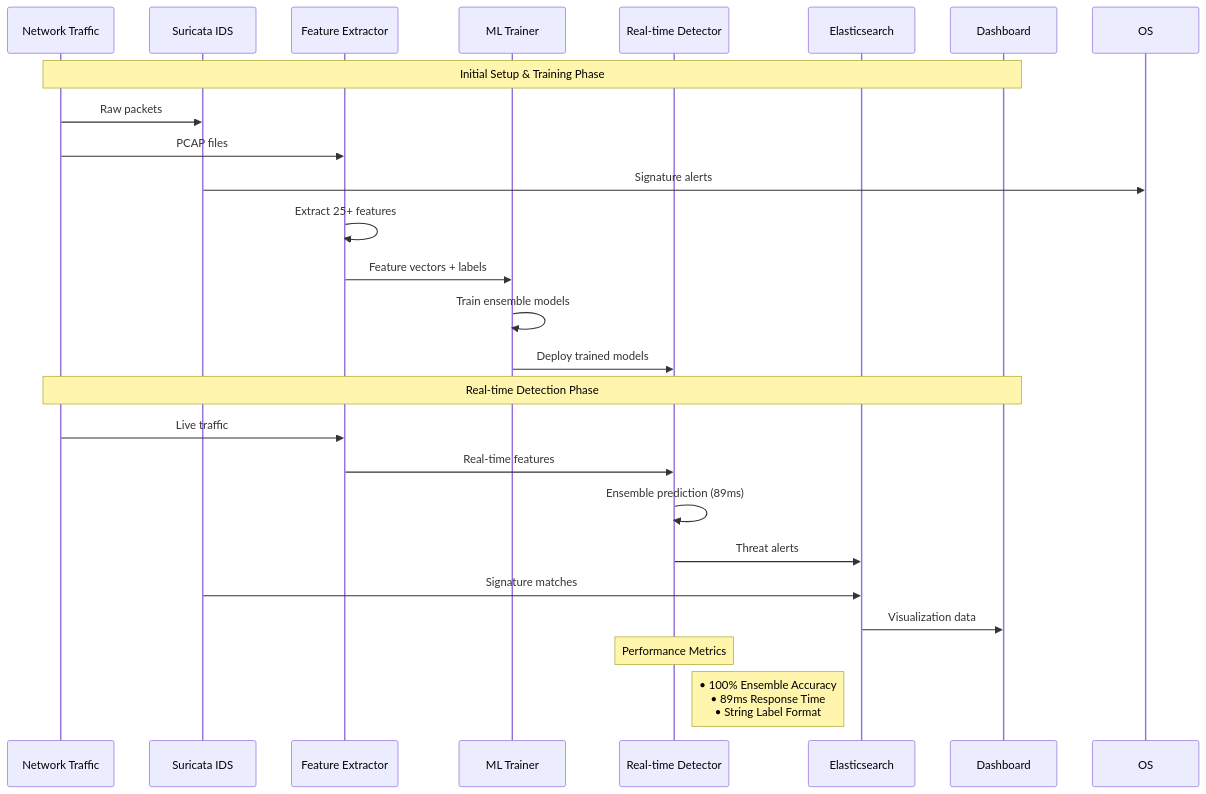
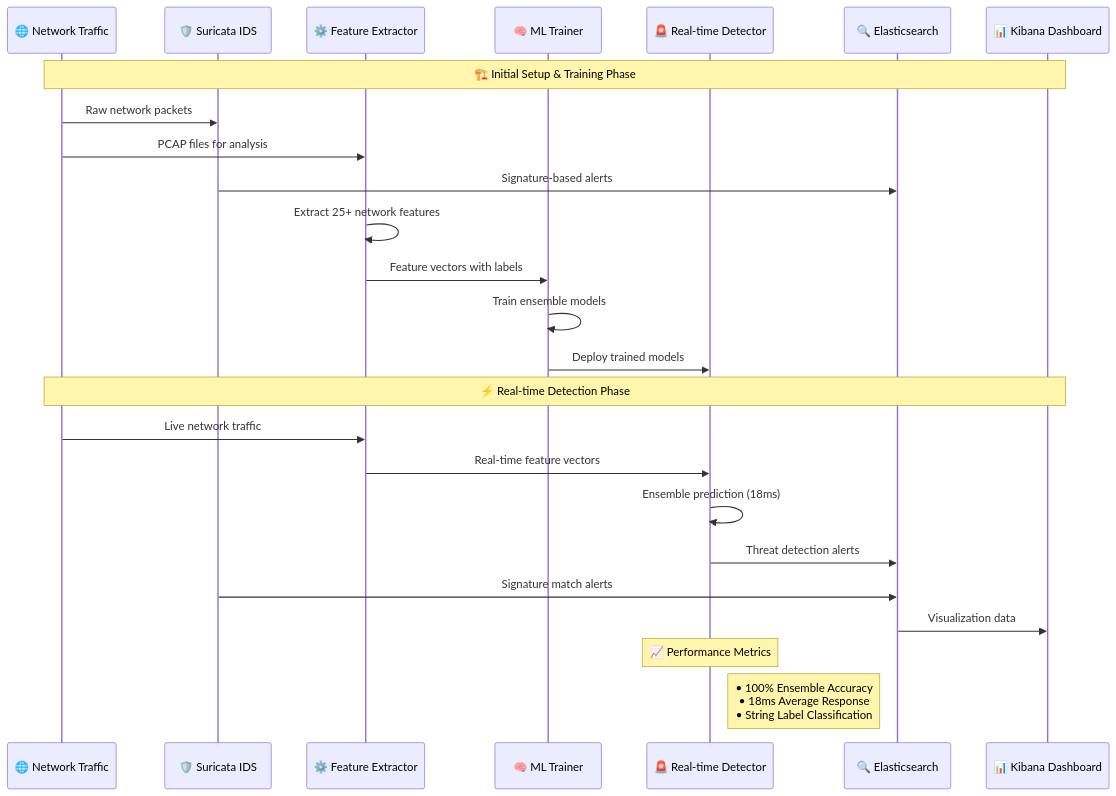
The fourth of 5 diagrams in README.md (holdennguyen/suricata-ml-ids), drawn with Mermaid before and after one commit. The commit also changed other lines of this file, not shown here.

````diff
--- a/README.md
+++ b/README.md
@@ -189,30 +215,30 @@
 ```mermaid
 sequenceDiagram
-    participant T as Network Traffic
-    participant S as Suricata IDS
-    participant FE as Feature Extractor
-    participant ML as ML Trainer
-    participant RD as Real-time Detector
-    participant ES as Elasticsearch
-    participant D as Dashboard
+    participant T as 🌐 Network Traffic
+    participant S as 🛡️ Suricata IDS
+    participant FE as ⚙️ Feature Extractor
+    participant ML as 🧠 ML Trainer
+    participant RD as 🚨 Real-time Detector
+    participant ES as 🔍 Elasticsearch
+    participant D as 📊 Kibana Dashboard
     
-    Note over T,D: Initial Setup & Training Phase
-    T->>S: Raw packets
-    T->>FE: PCAP files
-    S->>OS: Signature alerts
-    FE->>FE: Extract 25+ features
-    FE->>ML: Feature vectors + labels
+    Note over T,D: 🏗️ Initial Setup & Training Phase
+    T->>S: Raw network packets
+    T->>FE: PCAP files for analysis
+    S->>ES: Signature-based alerts
+    FE->>FE: Extract 25+ network features
+    FE->>ML: Feature vectors with labels
     ML->>ML: Train ensemble models
     ML->>RD: Deploy trained models
     
-    Note over T,D: Real-time Detection Phase
-    T->>FE: Live traffic
-    FE->>RD: Real-time features
-    RD->>RD: Ensemble prediction (89ms)
-    RD->>ES: Threat alerts
-    S->>ES: Signature matches
+    Note over T,D: ⚡ Real-time Detection Phase
+    T->>FE: Live network traffic
+    FE->>RD: Real-time feature vectors
+    RD->>RD: Ensemble prediction (18ms)
+    RD->>ES: Threat detection alerts
+    S->>ES: Signature match alerts
     ES->>D: Visualization data
     
-    Note over RD: Performance Metrics
-    Note right of RD: • 100% Ensemble Accuracy<br/>• 89ms Response Time<br/>• String Label Format
+    Note over RD: 📈 Performance Metrics
+    Note right of RD: • 100% Ensemble Accuracy<br/>• 18ms Average Response<br/>• String Label Classification
 ```
````
